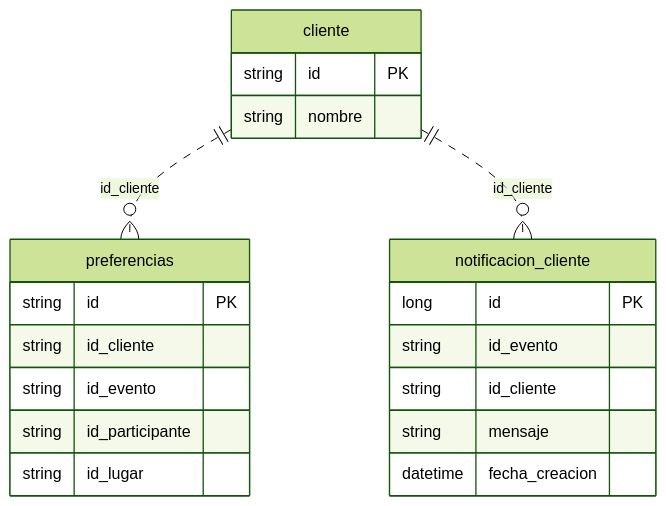
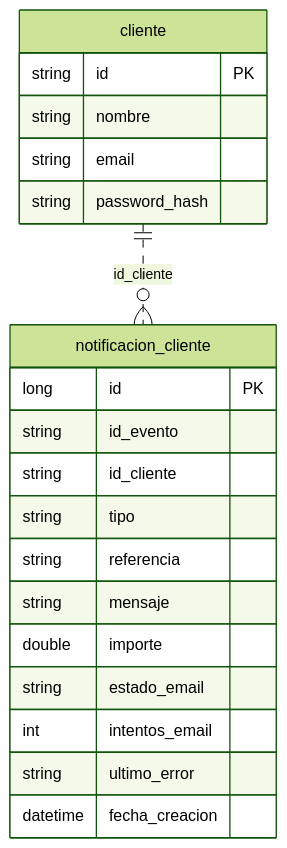
Before and after one commit to Teran-Pedro-Fabian/EntregasArquitecturaWeb: the third of 7 diagrams in README.md, drawn with Mermaid (forest theme). The commit also changed other lines of this file, not shown here.

````diff
--- a/README.md
+++ b/README.md
@@ -662,26 +947,25 @@
 ```mermaid
 erDiagram
     cliente {
         string id PK
         string nombre
-    }
-
-    preferencias {
-        string id PK
-        string id_cliente
-        string id_evento
-        string id_participante
-        string id_lugar
+        string email
+        string password_hash
     }
 
     notificacion_cliente {
         long id PK
         string id_evento
         string id_cliente
+        string tipo
+        string referencia
         string mensaje
+        double importe
+        string estado_email
+        int intentos_email
+        string ultimo_error
         datetime fecha_creacion
     }
 
-    cliente ||..o{ preferencias : "id_cliente"
     cliente ||..o{ notificacion_cliente : "id_cliente"
 ```
````
